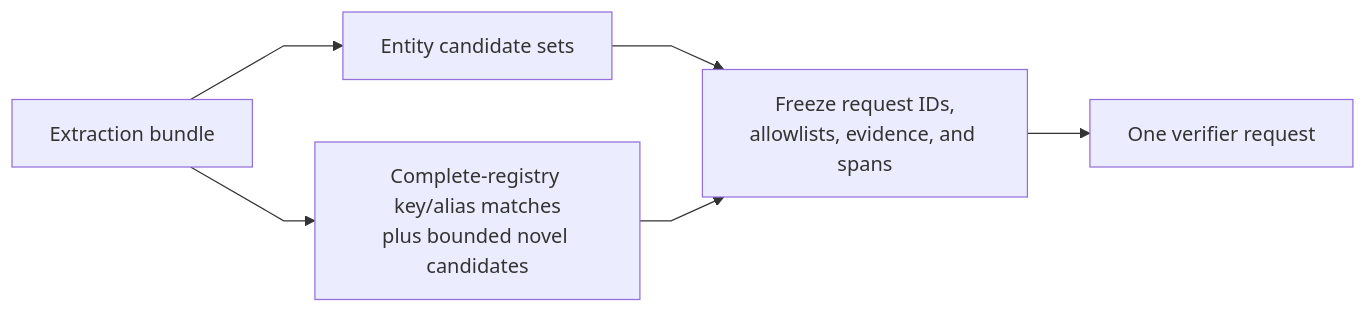
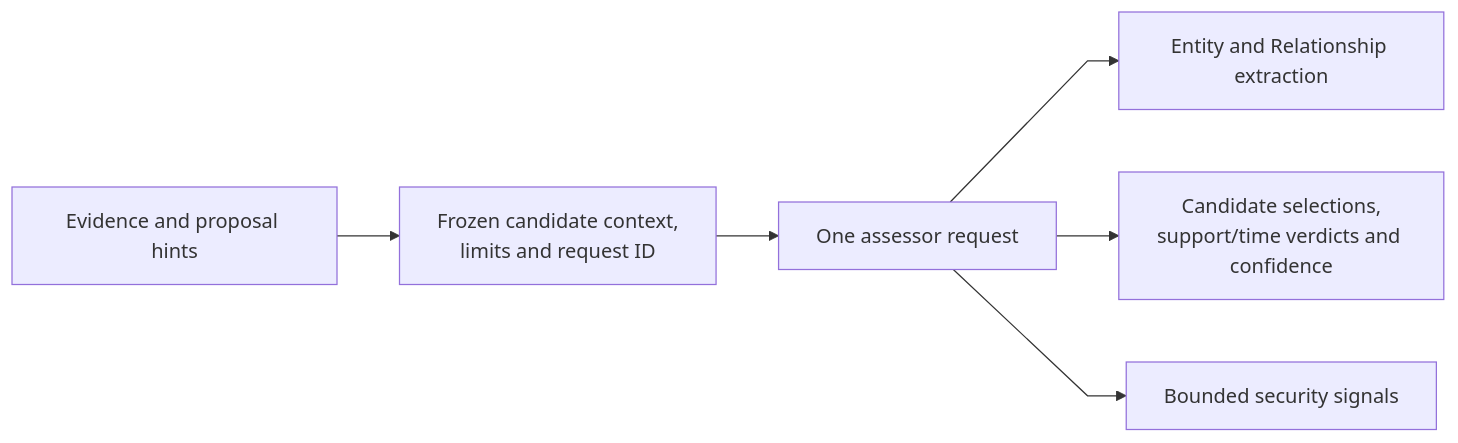
Before and after one commit to markhuangai/dense-mem: the eighth of 14 diagrams in Write-Pipeline.md, drawn with Mermaid. The commit also changed other lines of this file and 24 other files, not shown here.

Commit message:
Document V2.4 one-call placement architecture

````diff
--- a/Write-Pipeline.md
+++ b/Write-Pipeline.md
@@ -368,9 +360,9 @@
 ```mermaid
 %%{init: {"flowchart": {"curve": "linear"}}}%%
 flowchart LR
-  Extraction["Extraction bundle"] --> Entity["Entity candidate sets"]
-  Extraction --> Predicate["Complete-registry key/alias matches<br/>plus bounded novel candidates"]
-  Entity --> Freeze["Freeze request IDs,<br/>allowlists, evidence, and spans"]
-  Predicate --> Freeze
-  Freeze --> Verifier["One verifier request"]
+  Evidence["Evidence and proposal hints"] --> Freeze["Frozen candidate context,<br/>limits and request ID"]
+  Freeze --> Assessor["One assessor request"]
+  Assessor --> Structure["Entity and Relationship extraction"]
+  Assessor --> Judgment["Candidate selections,<br/>support/time verdicts and confidence"]
+  Assessor --> Security["Bounded security signals"]
 ```
````
